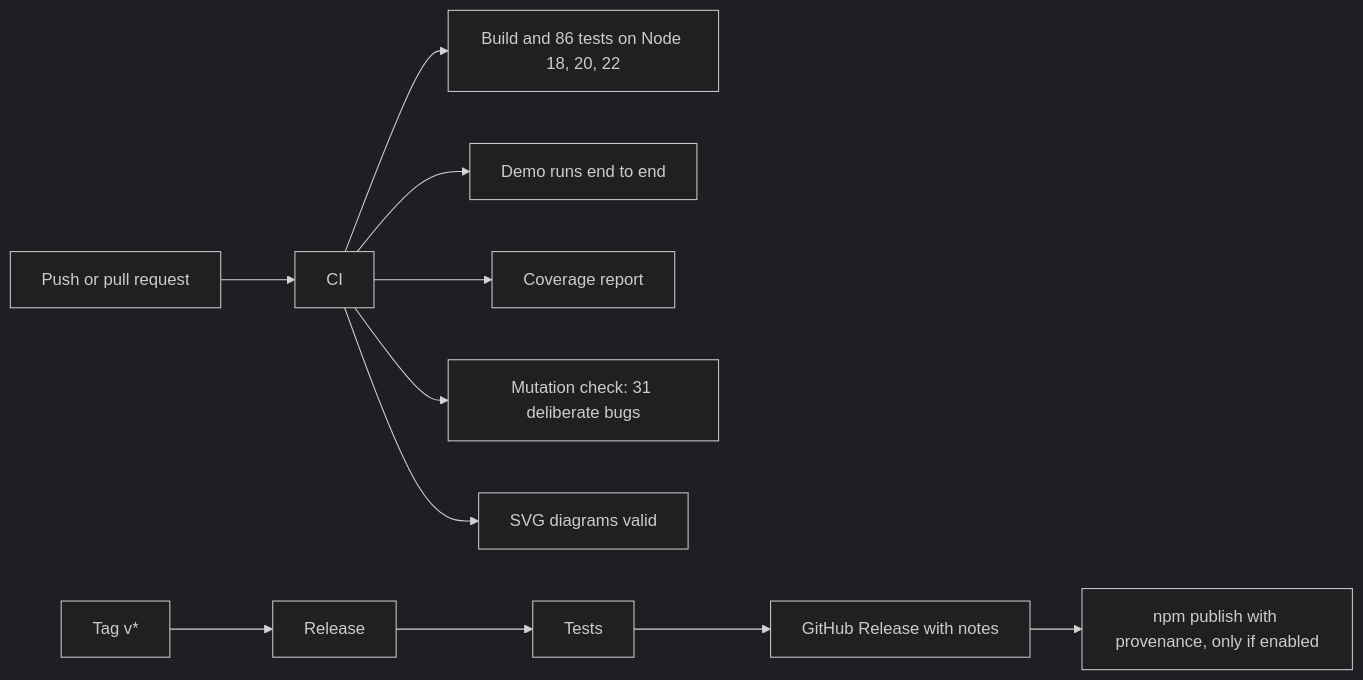
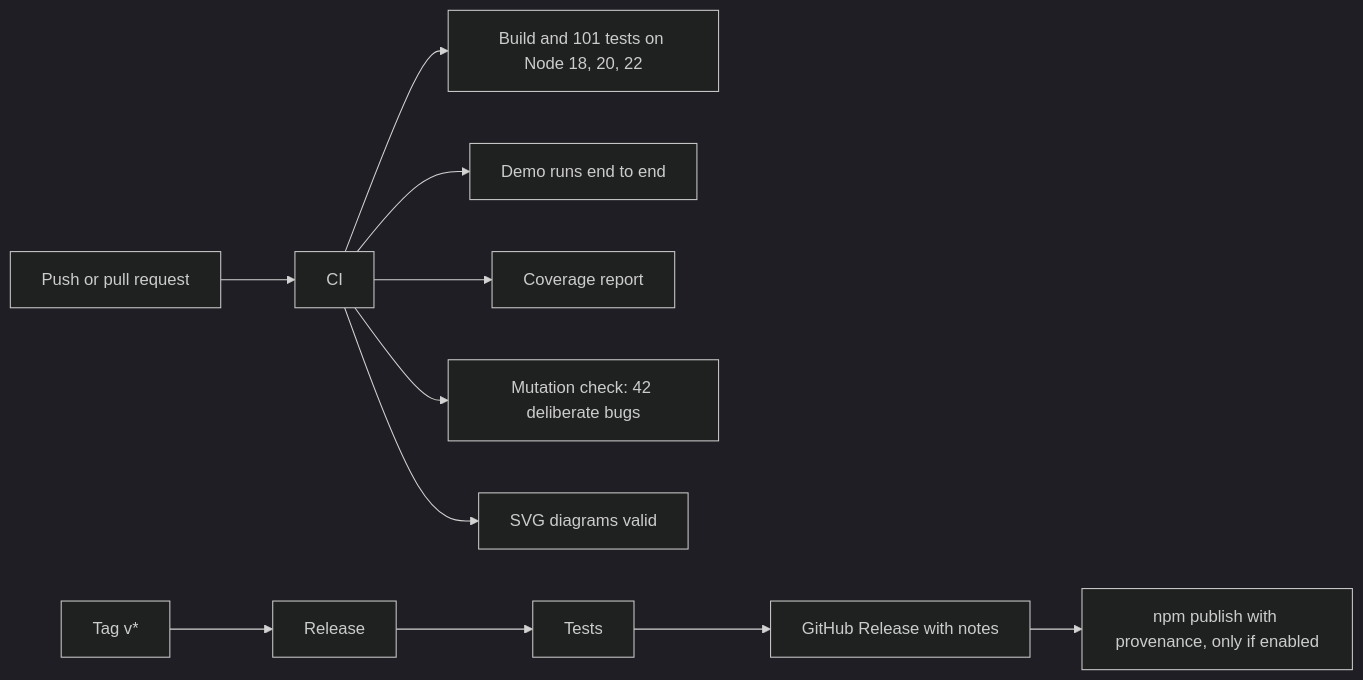
Before and after one commit to techsaurabh-394/mcp-safe-actions: the third of 3 diagrams in README.md, drawn with Mermaid (dark theme). The commit also changed other lines of this file and 9 other files, not shown here.

````diff
--- a/README.md
+++ b/README.md
@@ -224,13 +227,13 @@
 ```mermaid
 flowchart LR
     A[Push or pull request] --> B[CI]
-    B --> B1[Build and 86 tests on Node 18, 20, 22]
+    B --> B1[Build and 101 tests on Node 18, 20, 22]
     B --> B2[Demo runs end to end]
     B --> B3[Coverage report]
-    B --> B4[Mutation check: 31 deliberate bugs]
+    B --> B4[Mutation check: 42 deliberate bugs]
     B --> B5[SVG diagrams valid]
     C[Tag v*] --> D[Release]
     D --> D1[Tests]
     D1 --> D2[GitHub Release with notes]
     D2 --> D3[npm publish with provenance, only if enabled]
 ```
````
